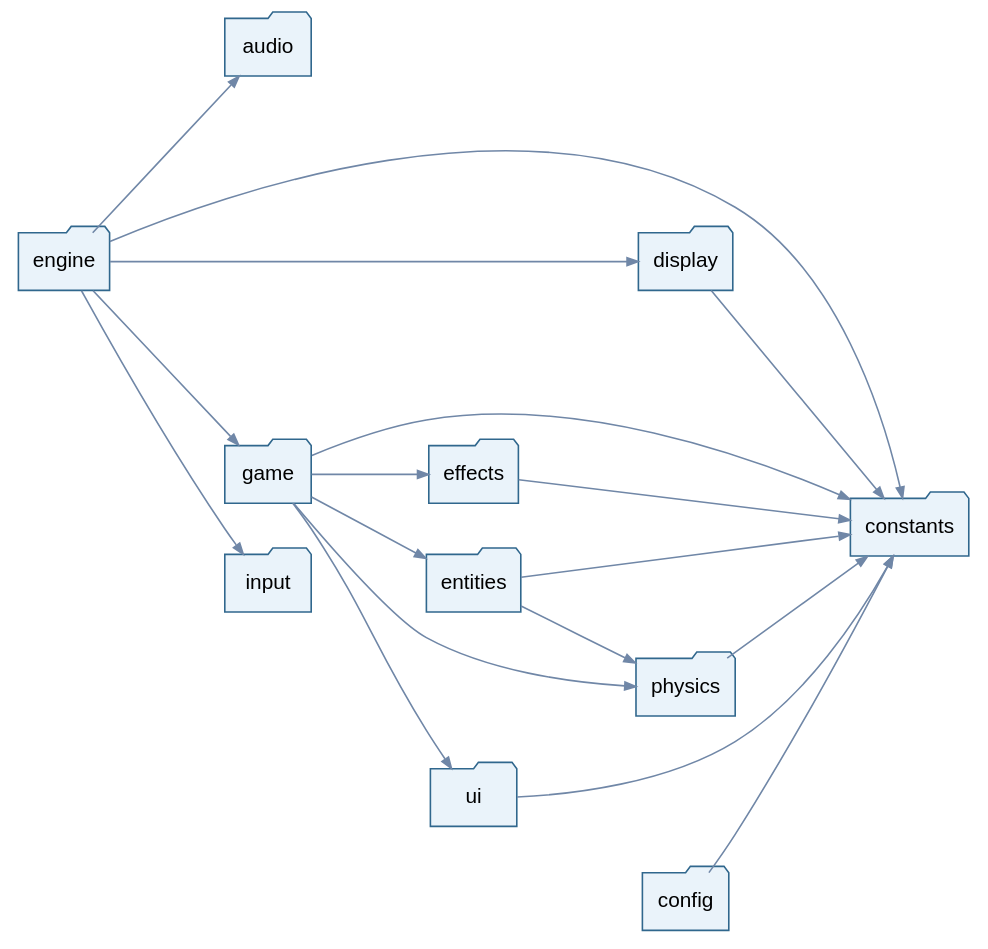
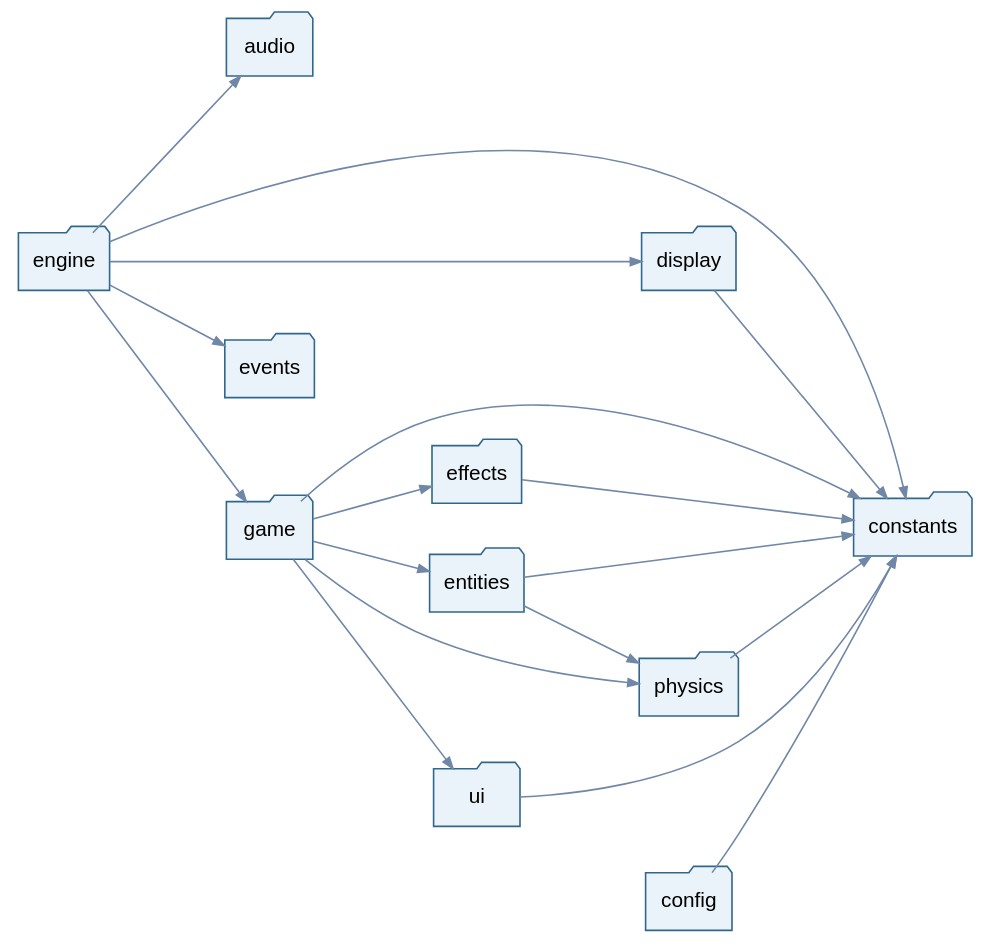
Before and after one commit to EthanAbner/TAC-III-Pinball: the diagram in docs/packages_game.dot, drawn with Graphviz. The commit also changed 6 other files, not shown here.

First line of the commit message:
Regenerar diagramas de pacotes e classes

```diff
--- a/docs/packages_game.dot
+++ b/docs/packages_game.dot
@@ -1,33 +1,33 @@
 digraph packages_game {
   graph [bgcolor="white",rankdir=LR,ranksep=1.0,nodesep=0.45];
   node [shape=folder,style="rounded,filled",fillcolor="#EAF3FA",color="#30678D",fontname=Arial,fontsize=13];
   edge [color="#7087A7",arrowsize=0.7];
   "audio";
   "config";
   "constants";
   "display";
   "effects";
   "engine";
   "entities";
+  "events";
   "game";
-  "input";
   "physics";
   "ui";
   "config" -> "constants";
   "display" -> "constants";
   "effects" -> "constants";
   "engine" -> "audio";
   "engine" -> "constants";
   "engine" -> "display";
+  "engine" -> "events";
   "engine" -> "game";
-  "engine" -> "input";
   "entities" -> "constants";
   "entities" -> "physics";
   "game" -> "constants";
   "game" -> "effects";
   "game" -> "entities";
   "game" -> "physics";
   "game" -> "ui";
   "physics" -> "constants";
   "ui" -> "constants";
 }
```
